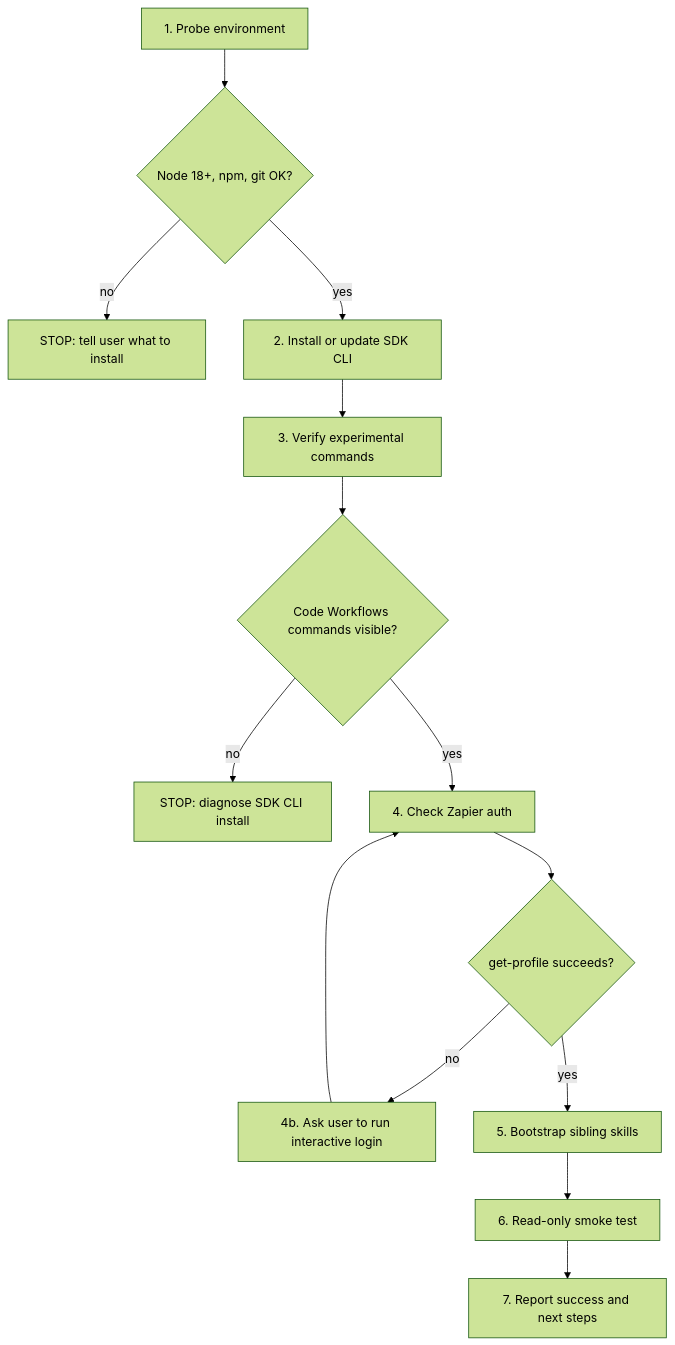
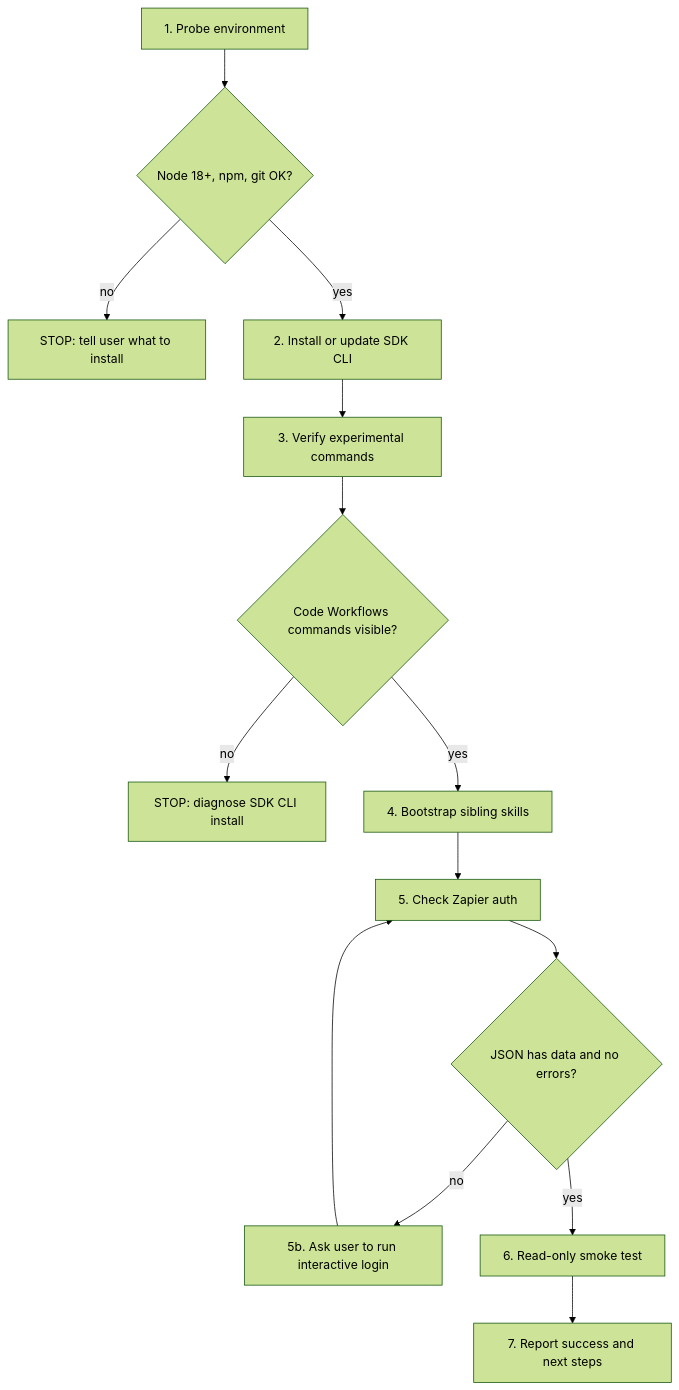
Before and after one commit to tones/cosub-skills-ea-test: the diagram in cosub-install/SKILL.md, drawn with Mermaid (forest theme). The commit also changed other lines of this file, not shown here.

Commit message:
Improve install auth flow

````diff
--- a/cosub-install/SKILL.md
+++ b/cosub-install/SKILL.md
@@ -18,16 +14,16 @@
 ```mermaid
 flowchart TD
   probe["1. Probe environment"] --> envOk{"Node 18+, npm, git OK?"}
   envOk -->|no| stopEnv["STOP: tell user what to install"]
   envOk -->|yes| installCli["2. Install or update SDK CLI"]
   installCli --> verifyExperimental["3. Verify experimental commands"]
   verifyExperimental --> commandsOk{"Code Workflows commands visible?"}
   commandsOk -->|no| stopCli["STOP: diagnose SDK CLI install"]
-  commandsOk -->|yes| checkAuth["4. Check Zapier auth"]
-  checkAuth --> authOk{"get-profile succeeds?"}
-  authOk -->|no| login["4b. Ask user to run interactive login"]
+  commandsOk -->|yes| installSkills["4. Bootstrap sibling skills"]
+  installSkills --> checkAuth["5. Check Zapier auth"]
+  checkAuth --> authOk{"JSON has data and no errors?"}
+  authOk -->|no| login["5b. Ask user to run interactive login"]
   login --> checkAuth
-  authOk -->|yes| installSkills["5. Bootstrap sibling skills"]
-  installSkills --> smoke["6. Read-only smoke test"]
+  authOk -->|yes| smoke["6. Read-only smoke test"]
   smoke --> report["7. Report success and next steps"]
 ```
````
